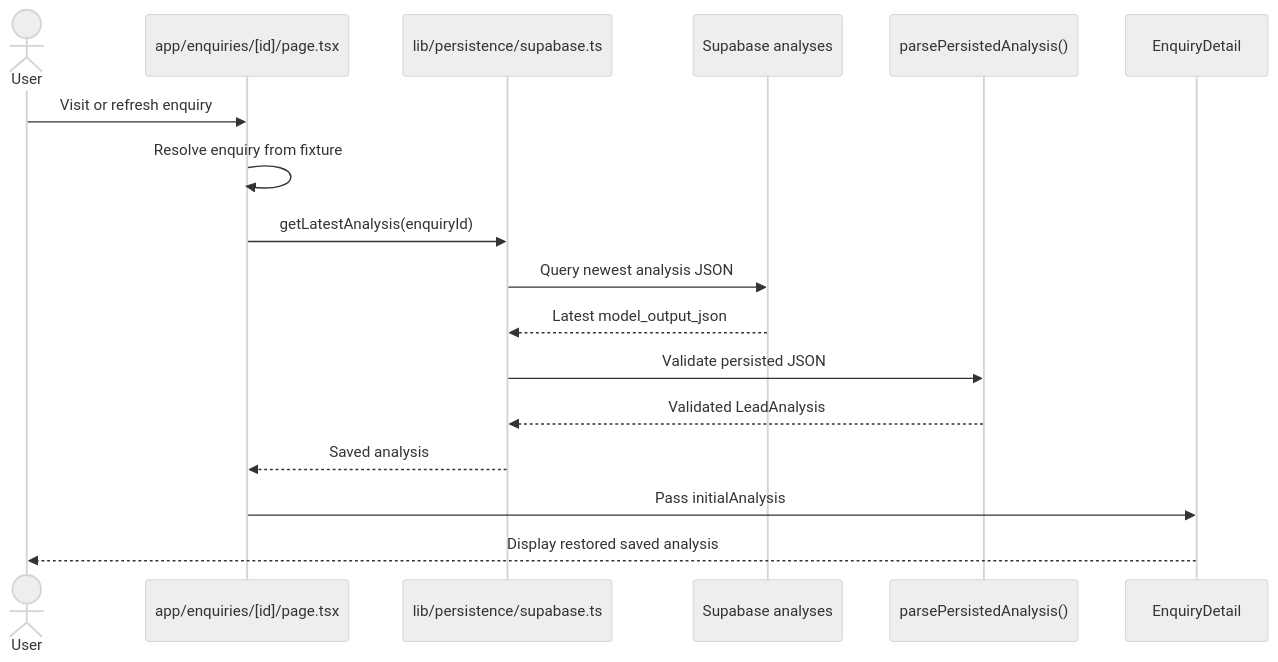
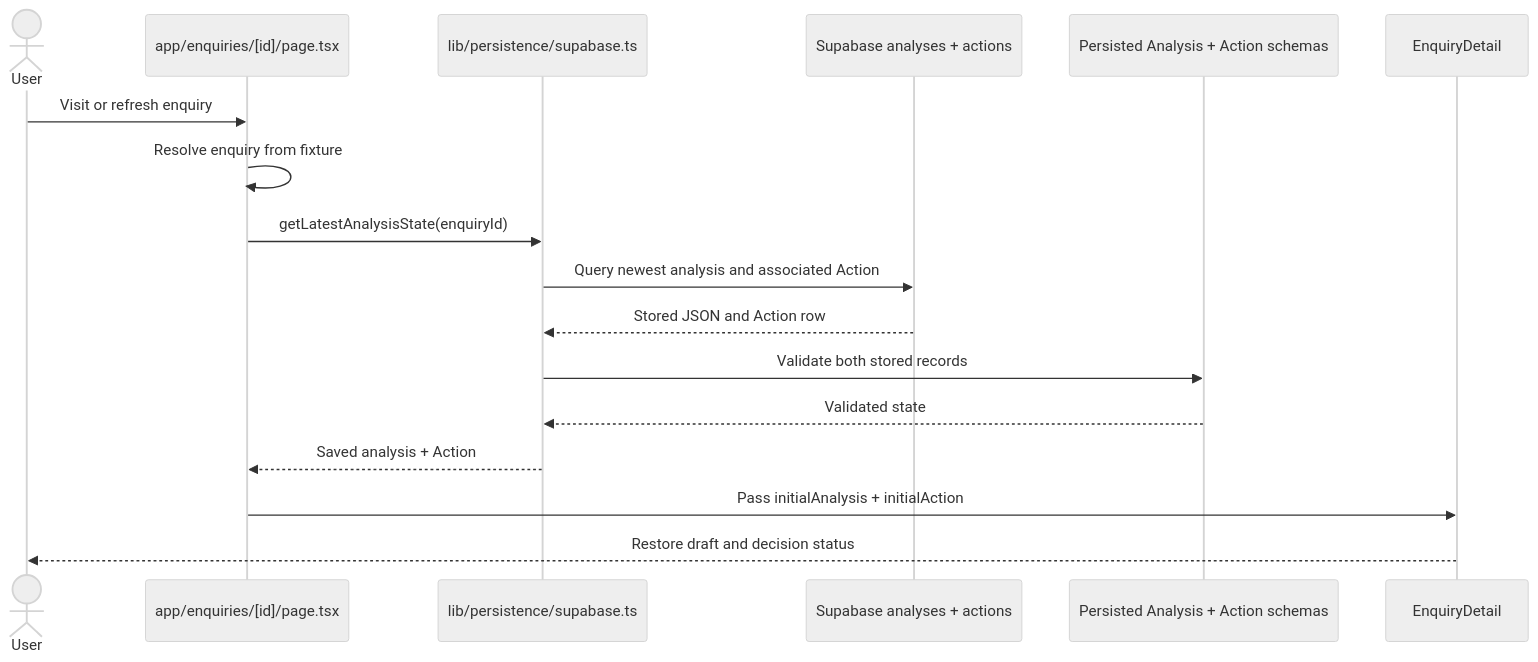
Before and after one commit to nthnmillar/morrow-ai-lead: the fourth of 5 diagrams in ARCHITECTURE_MAP.md, drawn with Mermaid (neutral theme). The commit also changed other lines of this file and 12 other files, not shown here.

Commit message:
Add persisted actions and human approval flow

````diff
--- a/ARCHITECTURE_MAP.md
+++ b/ARCHITECTURE_MAP.md
@@ -91,20 +116,20 @@
 ```mermaid
 sequenceDiagram
   actor User
   participant Page as app/enquiries/[id]/page.tsx
   participant Persist as lib/persistence/supabase.ts
-  participant DB as Supabase analyses
-  participant Zod as parsePersistedAnalysis()
+  participant DB as Supabase analyses + actions
+  participant Zod as Persisted Analysis + Action schemas
   participant UI as EnquiryDetail
 
   User->>Page: Visit or refresh enquiry
   Page->>Page: Resolve enquiry from fixture
-  Page->>Persist: getLatestAnalysis(enquiryId)
-  Persist->>DB: Query newest analysis JSON
-  DB-->>Persist: Latest model_output_json
-  Persist->>Zod: Validate persisted JSON
-  Zod-->>Persist: Validated LeadAnalysis
-  Persist-->>Page: Saved analysis
-  Page->>UI: Pass initialAnalysis
-  UI-->>User: Display restored saved analysis
+  Page->>Persist: getLatestAnalysisState(enquiryId)
+  Persist->>DB: Query newest analysis and associated Action
+  DB-->>Persist: Stored JSON and Action row
+  Persist->>Zod: Validate both stored records
+  Zod-->>Persist: Validated state
+  Persist-->>Page: Saved analysis + Action
+  Page->>UI: Pass initialAnalysis + initialAction
+  UI-->>User: Restore draft and decision status
 ```
````
